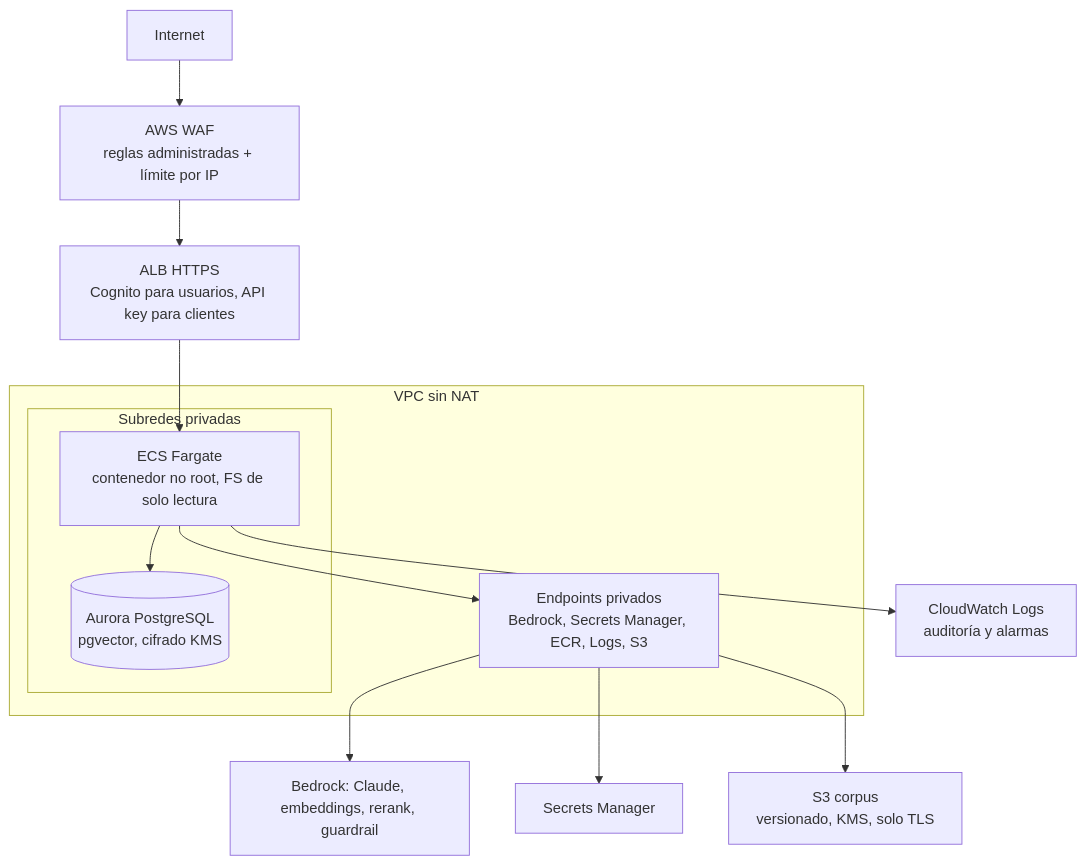
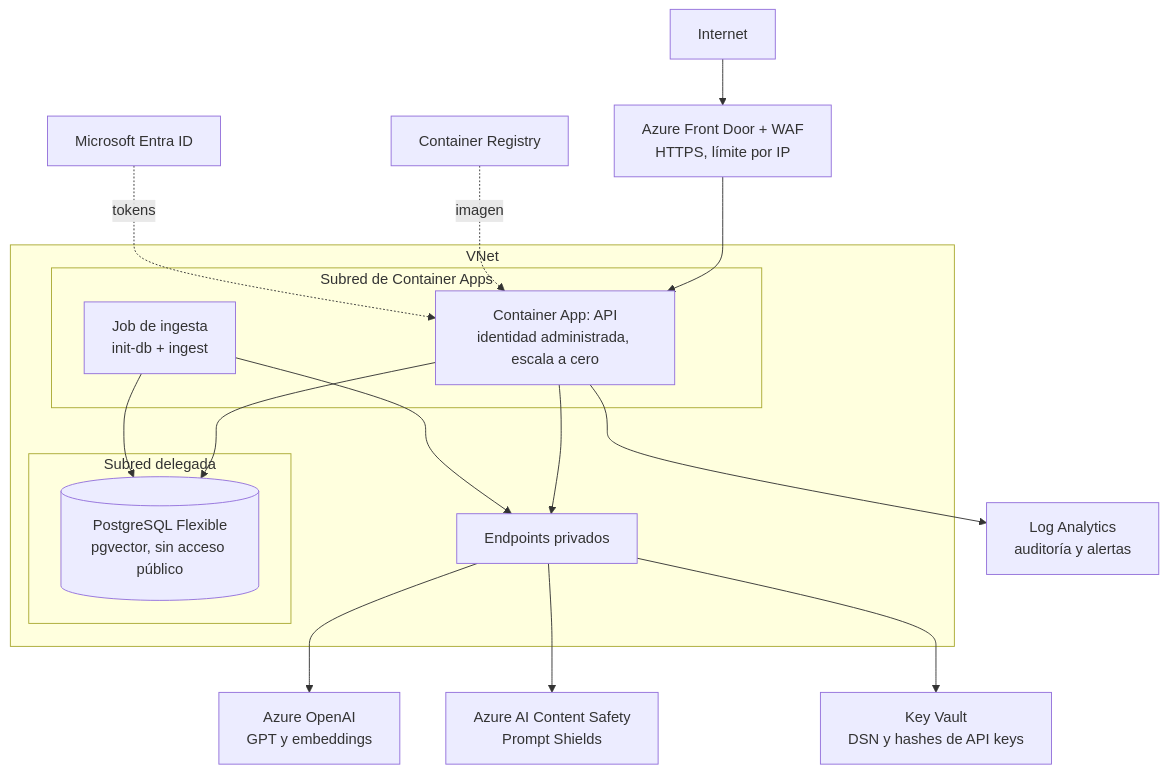
One commit to wilder14-eslu/rag-riesgo-credito-seguros changed the second of 2 diagrams in docs/02_arquitectura.md. Above: the diagram before and after it, drawn with Mermaid. The commit also changed other lines of this file and 59 other files, not shown here.

Commit message:
feat: migrar la infraestructura y los adaptadores de AWS a Azure

````diff
--- a/docs/02_arquitectura.md
+++ b/docs/02_arquitectura.md
@@ -57,19 +59,25 @@
 ```mermaid
 flowchart TB
-    Internet --> WAF[AWS WAF<br/>reglas administradas + límite por IP]
-    WAF --> ALB[ALB HTTPS<br/>Cognito para usuarios, API key para clientes]
-    subgraph VPC[VPC sin NAT]
-        subgraph Privadas[Subredes privadas]
-            ECS[ECS Fargate<br/>contenedor no root, FS de solo lectura]
-            DB[(Aurora PostgreSQL<br/>pgvector, cifrado KMS)]
+    Internet --> AFD[Azure Front Door + WAF<br/>HTTPS, límite por IP]
+    AFD --> CA
+    subgraph VNet[VNet]
+        subgraph Apps[Subred de Container Apps]
+            CA[Container App: API<br/>identidad administrada, escala a cero]
+            JOB[Job de ingesta<br/>init-db + ingest]
         end
-        EP[Endpoints privados<br/>Bedrock, Secrets Manager, ECR, Logs, S3]
+        subgraph Datos[Subred delegada]
+            DB[(PostgreSQL Flexible<br/>pgvector, sin acceso público)]
+        end
+        PE[Endpoints privados]
     end
-    ALB --> ECS
-    ECS --> DB
-    ECS --> EP
-    EP --> BR[Bedrock: Claude, embeddings, rerank, guardrail]
-    EP --> SM[Secrets Manager]
-    EP --> S3[S3 corpus<br/>versionado, KMS, solo TLS]
-    ECS --> CW[CloudWatch Logs<br/>auditoría y alarmas]
+    CA --> DB
+    JOB --> DB
+    CA --> PE
+    JOB --> PE
+    PE --> AOAI[Azure OpenAI<br/>GPT y embeddings]
+    PE --> CS[Azure AI Content Safety<br/>Prompt Shields]
+    PE --> KV[Key Vault<br/>DSN y hashes de API keys]
+    ACR[Container Registry] -.imagen.-> CA
+    CA --> LA[Log Analytics<br/>auditoría y alertas]
+    ENTRA[Microsoft Entra ID] -.tokens.-> CA
 ```
````
